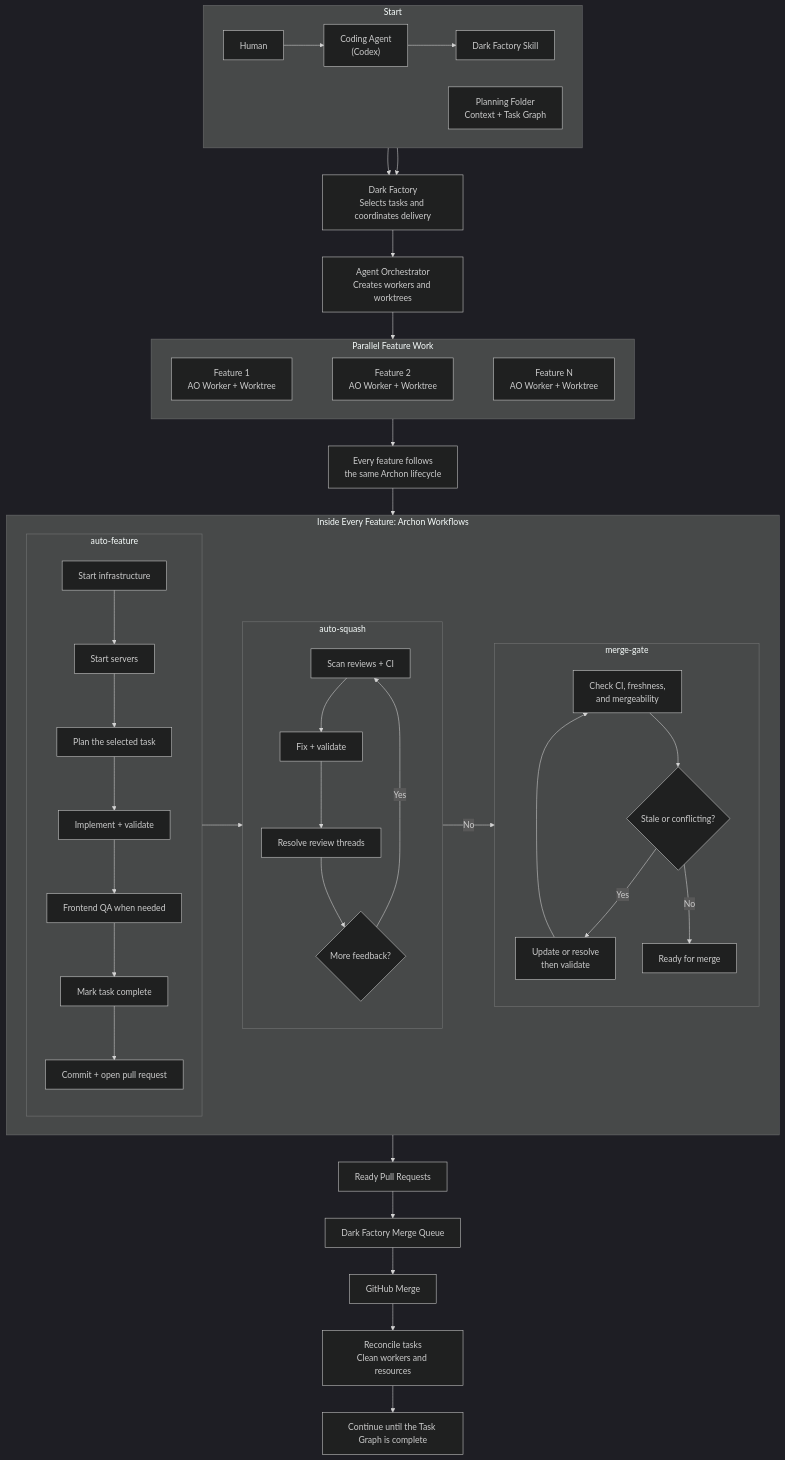
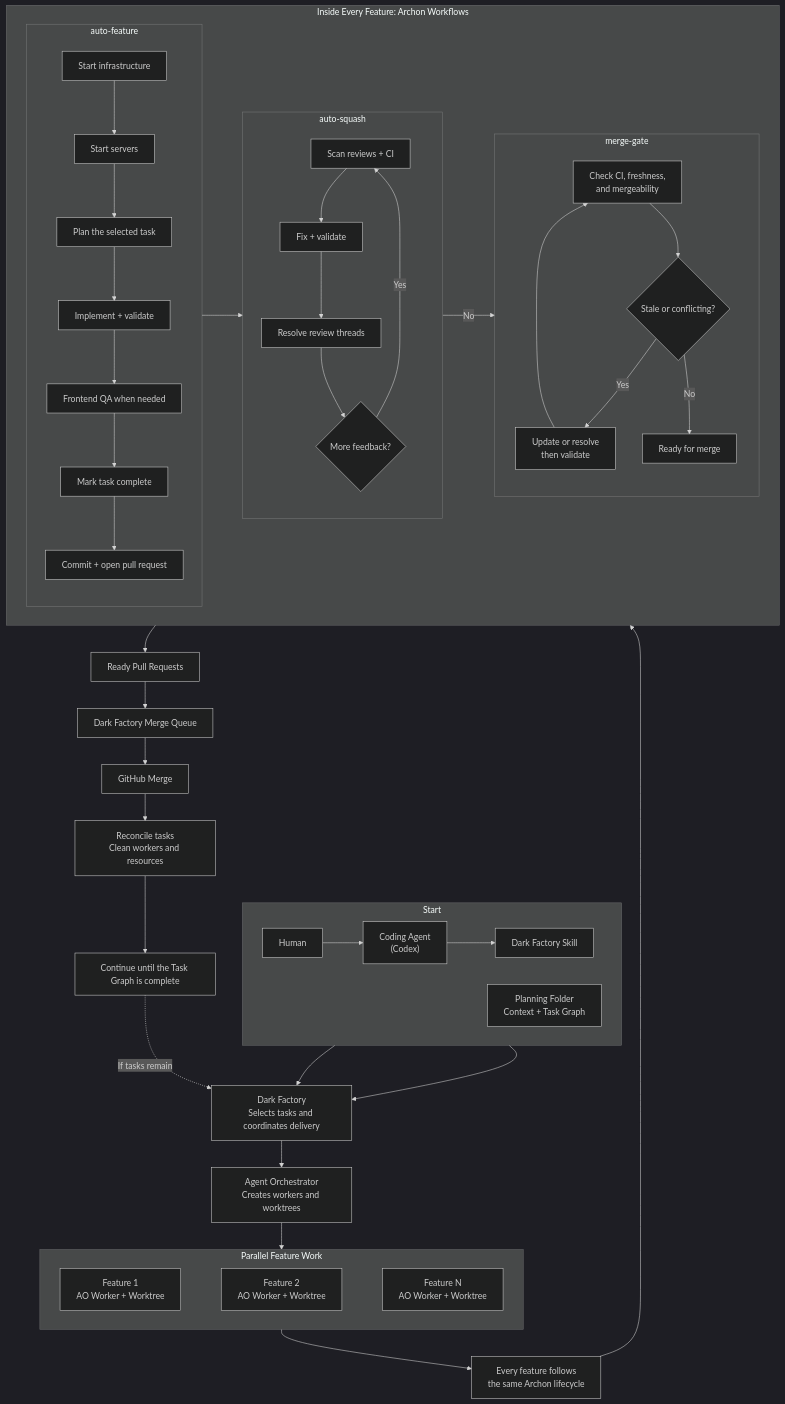
The diagram in docs/system-flow.md (0-sayed/dark-factory), drawn with Mermaid (dark theme) before and after one commit.

Commit message:
docs(system-flow): restore scheduling loop

````diff
--- a/docs/system-flow.md
+++ b/docs/system-flow.md
@@ -3,73 +3,74 @@
 ```mermaid
 flowchart TB
     subgraph START["Start"]
         direction LR
         H["Human"] --> C["Coding Agent<br/>(Codex)"] --> S["Dark Factory Skill"]
         P["Planning Folder<br/>Context + Task Graph"]
     end
 
     S --> DF["Dark Factory<br/>Selects tasks and coordinates delivery"]
     P --> DF
     DF --> AO["Agent Orchestrator<br/>Creates workers and worktrees"]
 
     subgraph FEATURES["Parallel Feature Work"]
         direction LR
         F1["Feature 1<br/>AO Worker + Worktree"]
         F2["Feature 2<br/>AO Worker + Worktree"]
         FN["Feature N<br/>AO Worker + Worktree"]
         F1 ~~~ F2 ~~~ FN
     end
 
     AO --> FEATURES
     FEATURES --> LIFECYCLE["Every feature follows<br/>the same Archon lifecycle"]
 
     subgraph PIPELINE["Inside Every Feature: Archon Workflows"]
         direction LR
 
         subgraph FEATURE["auto-feature"]
             direction TB
             INFRA["Start infrastructure"]
             SERVERS["Start servers"]
             PLAN["Plan the selected task"]
             IMPLEMENT["Implement + validate"]
             QA["Frontend QA when needed"]
             ROADMAP["Mark task complete"]
             PR["Commit + open pull request"]
 
             INFRA --> SERVERS --> PLAN --> IMPLEMENT --> QA --> ROADMAP --> PR
         end
 
         subgraph REVIEW["auto-squash"]
             direction TB
             SCAN["Scan reviews + CI"]
             FIX["Fix + validate"]
             RESOLVE["Resolve review threads"]
             MORE{"More feedback?"}
 
             SCAN --> FIX --> RESOLVE --> MORE
             MORE -->|Yes| SCAN
         end
 
         subgraph GATE["merge-gate"]
             direction TB
             PREFLIGHT["Check CI, freshness,<br/>and mergeability"]
             PROBLEM{"Stale or conflicting?"}
             REPAIR["Update or resolve<br/>then validate"]
             READY["Ready for merge"]
 
             PREFLIGHT --> PROBLEM
             PROBLEM -->|Yes| REPAIR --> PREFLIGHT
             PROBLEM -->|No| READY
         end
 
         PR --> SCAN
         MORE -->|No| PREFLIGHT
     end
 
     LIFECYCLE --> INFRA
     READY --> PRS["Ready Pull Requests"]
     PRS --> QUEUE["Dark Factory Merge Queue"]
     QUEUE --> GH["GitHub Merge"]
     GH --> CLEAN["Reconcile tasks<br/>Clean workers and resources"]
     CLEAN --> NEXT["Continue until the Task Graph is complete"]
+    NEXT -.->|"If tasks remain"| DF
 ```
````
